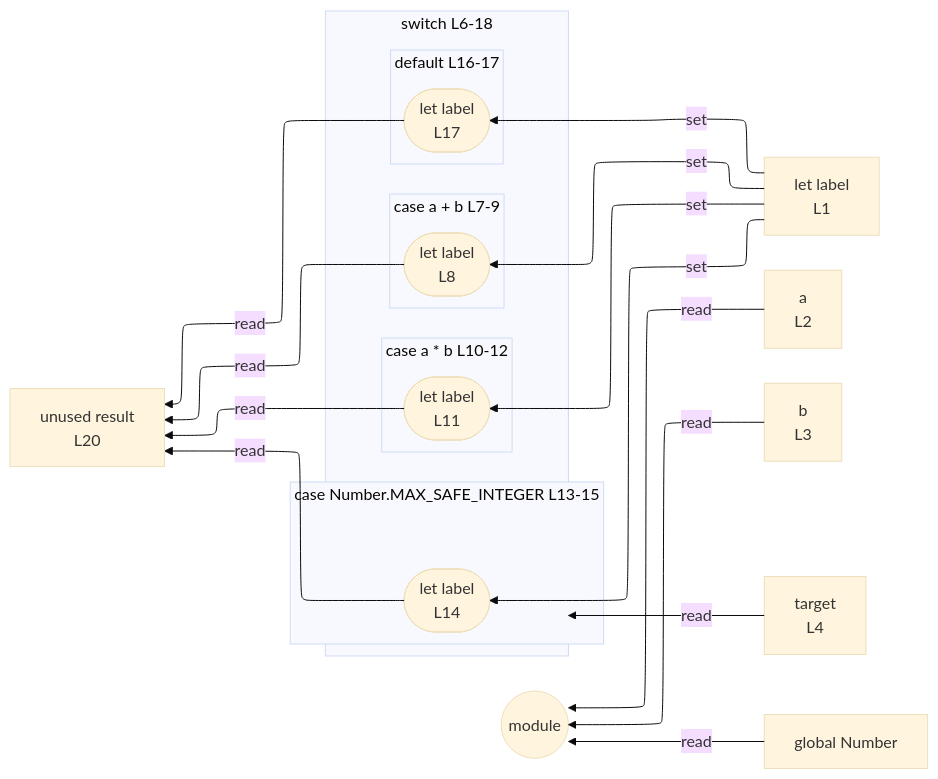
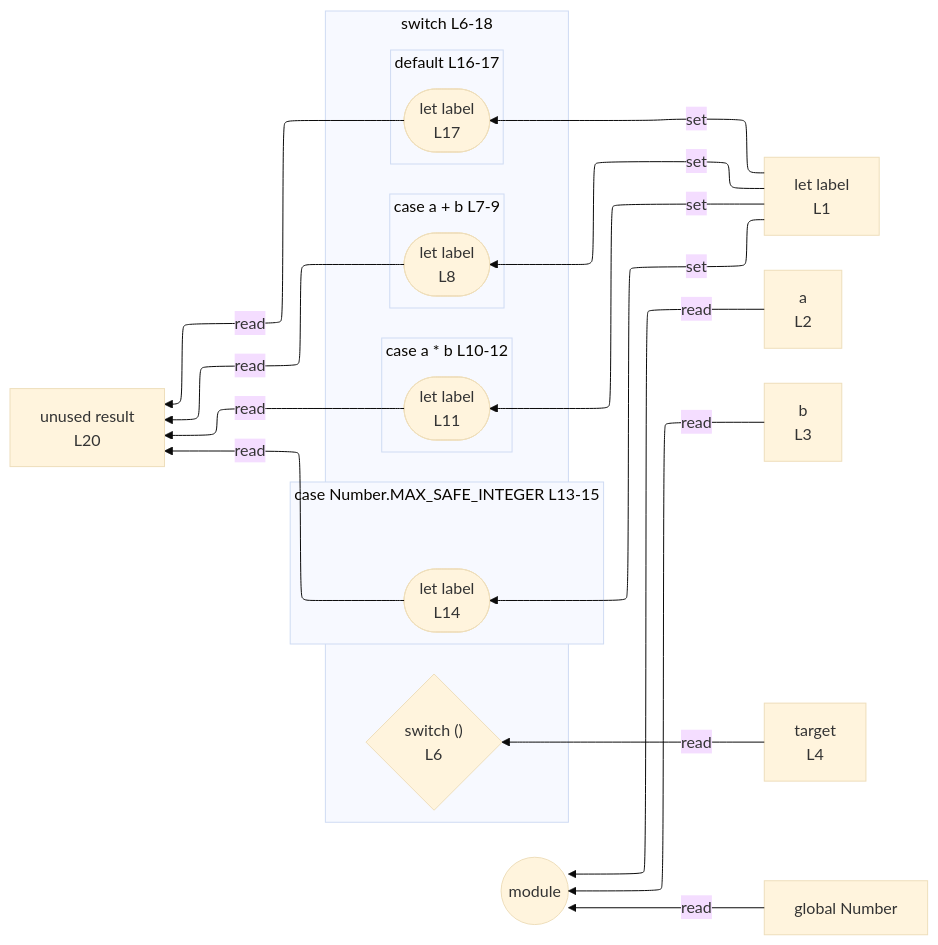
The diagram in integration/fixtures/control-switch-expression/preview.md (crescware/unsnarl), drawn with Mermaid (base theme) before and after one commit. The commit also changed 65 other files, not shown here.

````diff
--- a/integration/fixtures/control-switch-expression/preview.md
+++ b/integration/fixtures/control-switch-expression/preview.md
@@ -30,42 +30,43 @@
 ```mermaid
 %%{init: {"flowchart": {"defaultRenderer": "elk"}}}%%
 flowchart RL
   n_scope_0_label_4["let label<br/>L1"]
   n_scope_0_a_22["a<br/>L2"]
   n_scope_0_b_35["b<br/>L3"]
   n_scope_0_target_48["target<br/>L4"]
   n_scope_0_result_304["unused result<br/>L20"]
   n_scope_0_Number_178["global Number"]
   subgraph s_scope_1["switch L6-18"]
     direction RL
+    switch_discriminant_scope_0_61{"switch ()<br/>L6"}
     subgraph s_scope_2["case a + b L7-9"]
       direction RL
       wr_ref_3(["let label<br/>L8"])
     end
     subgraph s_scope_3["case a * b L10-12"]
       direction RL
       wr_ref_6(["let label<br/>L11"])
     end
     subgraph s_scope_4["case Number.MAX_SAFE_INTEGER L13-15"]
       direction RL
       wr_ref_8(["let label<br/>L14"])
     end
     subgraph s_scope_5["default L16-17"]
       direction RL
       wr_ref_9(["let label<br/>L17"])
     end
   end
   n_scope_0_label_4 -->|set| wr_ref_3
   n_scope_0_label_4 -->|set| wr_ref_6
   n_scope_0_label_4 -->|set| wr_ref_8
   n_scope_0_label_4 -->|set| wr_ref_9
-  n_scope_0_target_48 -->|read| s_scope_1
+  n_scope_0_target_48 -->|read| switch_discriminant_scope_0_61
   n_scope_0_a_22 -->|read| module_root
   n_scope_0_b_35 -->|read| module_root
   n_scope_0_Number_178 -->|read| module_root
   wr_ref_3 -->|read| n_scope_0_result_304
   wr_ref_6 -->|read| n_scope_0_result_304
   wr_ref_8 -->|read| n_scope_0_result_304
   wr_ref_9 -->|read| n_scope_0_result_304
   module_root((module))
 ```
````
